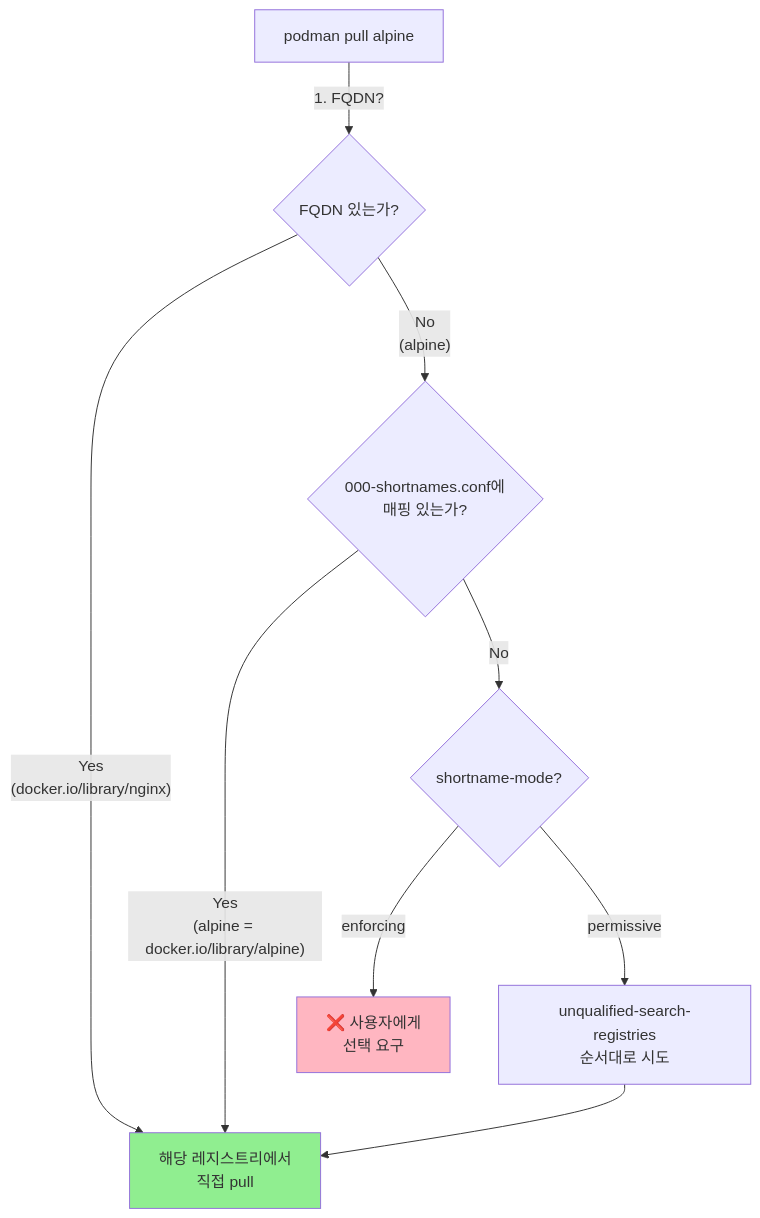
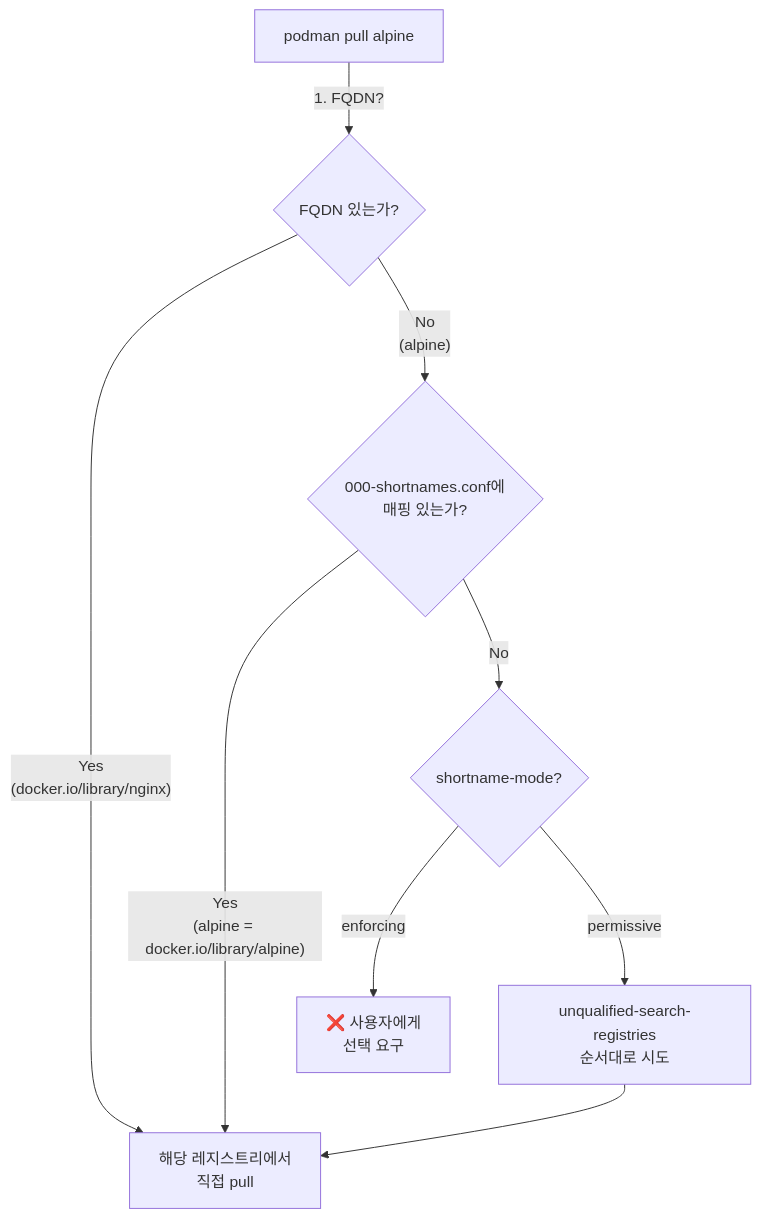
One commit to juwon8891/juwon8891.github.io changed the fourth of 8 diagrams in docs/k8s-deploy/week6-kubespray-offline.md. Above: the diagram before and after it, drawn with Mermaid. The commit also changed other lines of this file and 18 other files, not shown here.

Commit message:
Remove bright colors from Mermaid diagrams for dark mode compatibility

````diff
--- a/docs/k8s-deploy/week6-kubespray-offline.md
+++ b/docs/k8s-deploy/week6-kubespray-offline.md
@@ -510,22 +501,20 @@
 ```mermaid
 graph TB
     Pull["podman pull alpine"]
 
     Pull -->|"1. FQDN?"| CheckFQDN{"FQDN 있는가?"}
 
     CheckFQDN -->|"Yes<br/>(docker.io/library/nginx)"| DirectPull["해당 레지스트리에서<br/>직접 pull"]
 
     CheckFQDN -->|"No<br/>(alpine)"| CheckShortname{"000-shortnames.conf에<br/>매핑 있는가?"}
 
     CheckShortname -->|"Yes<br/>(alpine = docker.io/library/alpine)"| DirectPull
 
     CheckShortname -->|"No"| CheckMode{"shortname-mode?"}
 
     CheckMode -->|"enforcing"| Error["❌ 사용자에게<br/>선택 요구"]
     CheckMode -->|"permissive"| SearchRegistries["unqualified-search-registries<br/>순서대로 시도"]
 
     SearchRegistries --> DirectPull
 
-    style DirectPull fill:#90EE90
-    style Error fill:#FFB6C1
 ```
````
